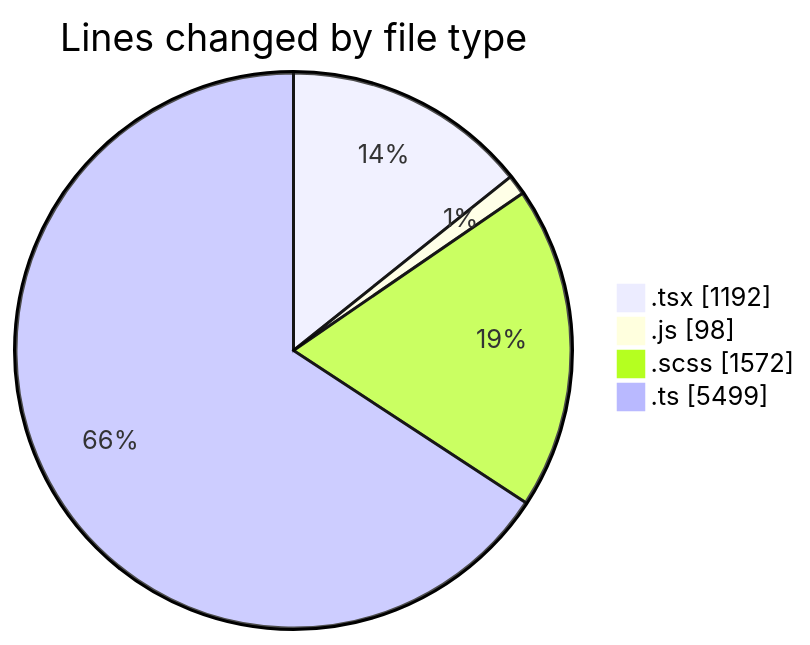
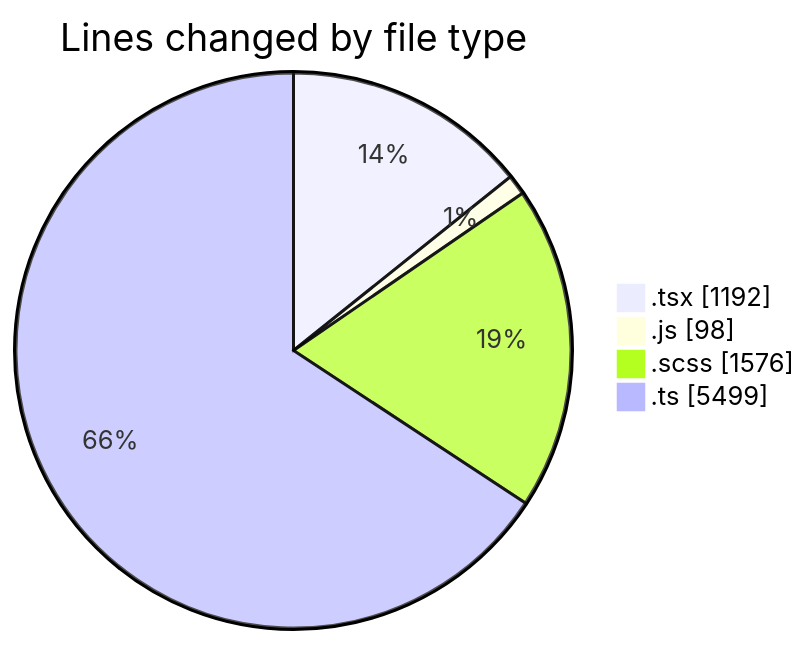
Before and after one commit to momahboobian/code-tracking: the first of 2 diagrams in 2025-03-31/cda/README.md, drawn with Mermaid. The commit also changed other lines of this file and 1 other file, not shown here.

````diff
--- a/2025-03-31/cda/README.md
+++ b/2025-03-31/cda/README.md
@@ -39,8 +39,8 @@
 ```mermaid
 pie showData
 title Lines changed by file type
 ".tsx" : 1192
 ".js" : 98
-".scss" : 1572
+".scss" : 1576
 ".ts" : 5499
 ```
````
